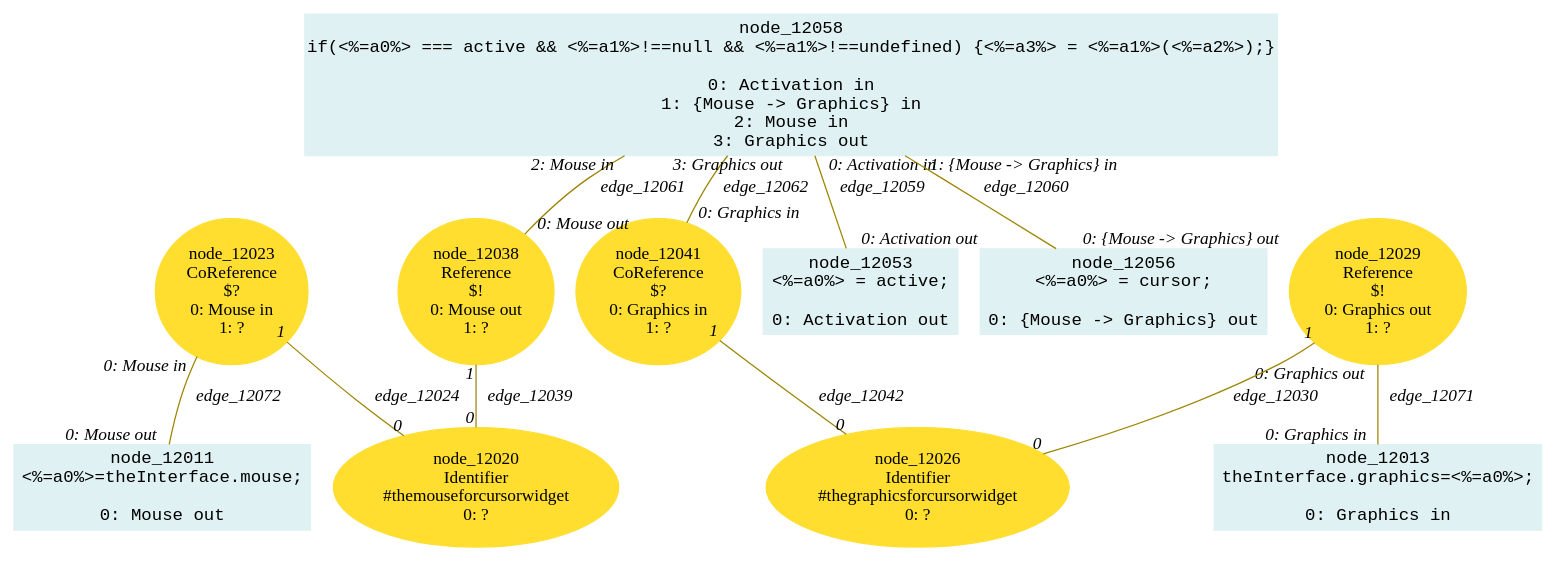
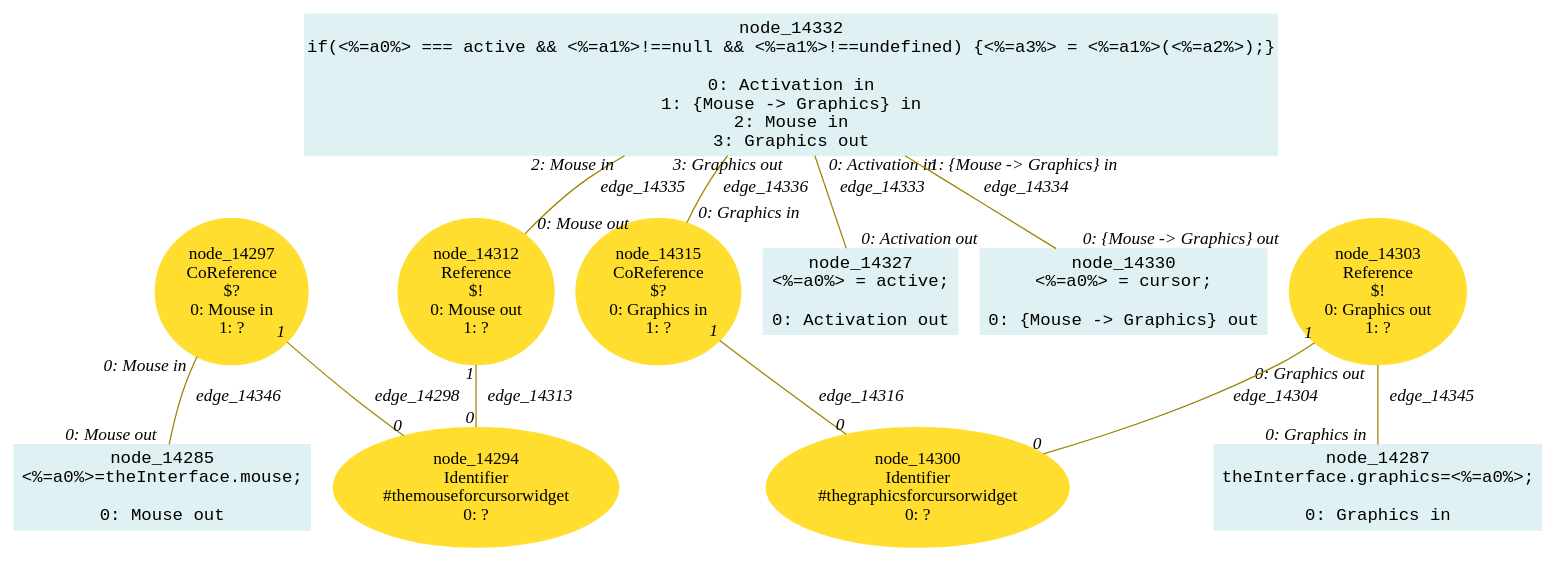
Before and after one commit to crubier/lidl: the diagram in lidl-core/example/ok/uiCursor/dot/31matchingCompositionReduction3.dot, drawn with Graphviz. The commit also changed 715 other files, not shown here.

```diff
--- a/lidl-core/example/ok/uiCursor/dot/31matchingCompositionReduction3.dot
+++ b/lidl-core/example/ok/uiCursor/dot/31matchingCompositionReduction3.dot
@@ -1,62 +1,62 @@
-digraph g{node_12011 [shape="box", style="filled", color="#dff1f2", fontname="Courier", label="node_12011
+digraph g{node_14285 [shape="box", style="filled", color="#dff1f2", fontname="Courier", label="node_14285
 <%=a0%>=theInterface.mouse;
 
 0: Mouse out" ]
-node_12013 [shape="box", style="filled", color="#dff1f2", fontname="Courier", label="node_12013
+node_14287 [shape="box", style="filled", color="#dff1f2", fontname="Courier", label="node_14287
 theInterface.graphics=<%=a0%>;
 
 0: Graphics in" ]
-node_12020 [shape="ellipse", style="filled", color="#ffde2f", fontname="Times", label="node_12020
+node_14294 [shape="ellipse", style="filled", color="#ffde2f", fontname="Times", label="node_14294
 Identifier
 #themouseforcursorwidget
 0: ?" ]
-node_12023 [shape="ellipse", style="filled", color="#ffde2f", fontname="Times", label="node_12023
+node_14297 [shape="ellipse", style="filled", color="#ffde2f", fontname="Times", label="node_14297
 CoReference
 $?
 0: Mouse in
 1: ?" ]
-node_12026 [shape="ellipse", style="filled", color="#ffde2f", fontname="Times", label="node_12026
+node_14300 [shape="ellipse", style="filled", color="#ffde2f", fontname="Times", label="node_14300
 Identifier
 #thegraphicsforcursorwidget
 0: ?" ]
-node_12029 [shape="ellipse", style="filled", color="#ffde2f", fontname="Times", label="node_12029
+node_14303 [shape="ellipse", style="filled", color="#ffde2f", fontname="Times", label="node_14303
 Reference
 $!
 0: Graphics out
 1: ?" ]
-node_12038 [shape="ellipse", style="filled", color="#ffde2f", fontname="Times", label="node_12038
+node_14312 [shape="ellipse", style="filled", color="#ffde2f", fontname="Times", label="node_14312
 Reference
 $!
 0: Mouse out
 1: ?" ]
-node_12041 [shape="ellipse", style="filled", color="#ffde2f", fontname="Times", label="node_12041
+node_14315 [shape="ellipse", style="filled", color="#ffde2f", fontname="Times", label="node_14315
 CoReference
 $?
 0: Graphics in
 1: ?" ]
-node_12053 [shape="box", style="filled", color="#dff1f2", fontname="Courier", label="node_12053
+node_14327 [shape="box", style="filled", color="#dff1f2", fontname="Courier", label="node_14327
 <%=a0%> = active;
 
 0: Activation out" ]
-node_12056 [shape="box", style="filled", color="#dff1f2", fontname="Courier", label="node_12056
+node_14330 [shape="box", style="filled", color="#dff1f2", fontname="Courier", label="node_14330
 <%=a0%> = cursor;
 
 0: {Mouse -> Graphics} out" ]
-node_12058 [shape="box", style="filled", color="#dff1f2", fontname="Courier", label="node_12058
+node_14332 [shape="box", style="filled", color="#dff1f2", fontname="Courier", label="node_14332
 if(<%=a0%> === active && <%=a1%>!==null && <%=a1%>!==undefined) {<%=a3%> = <%=a1%>(<%=a2%>);}
 
 0: Activation in
 1: {Mouse -> Graphics} in
 2: Mouse in
 3: Graphics out" ]
-node_12023 -> node_12020 [dir=none, arrowHead=none, fontname="Times-Italic", arrowsize=1, color="#9d8400", label="edge_12024",  headlabel="0", taillabel="1" ]
-node_12029 -> node_12026 [dir=none, arrowHead=none, fontname="Times-Italic", arrowsize=1, color="#9d8400", label="edge_12030",  headlabel="0", taillabel="1" ]
-node_12038 -> node_12020 [dir=none, arrowHead=none, fontname="Times-Italic", arrowsize=1, color="#9d8400", label="edge_12039",  headlabel="0", taillabel="1" ]
-node_12041 -> node_12026 [dir=none, arrowHead=none, fontname="Times-Italic", arrowsize=1, color="#9d8400", label="edge_12042",  headlabel="0", taillabel="1" ]
-node_12058 -> node_12053 [dir=none, arrowHead=none, fontname="Times-Italic", arrowsize=1, color="#9d8400", label="edge_12059",  headlabel="0: Activation out", taillabel="0: Activation in" ]
-node_12058 -> node_12056 [dir=none, arrowHead=none, fontname="Times-Italic", arrowsize=1, color="#9d8400", label="edge_12060",  headlabel="0: {Mouse -> Graphics} out", taillabel="1: {Mouse -> Graphics} in" ]
-node_12058 -> node_12038 [dir=none, arrowHead=none, fontname="Times-Italic", arrowsize=1, color="#9d8400", label="edge_12061",  headlabel="0: Mouse out", taillabel="2: Mouse in" ]
-node_12058 -> node_12041 [dir=none, arrowHead=none, fontname="Times-Italic", arrowsize=1, color="#9d8400", label="edge_12062",  headlabel="0: Graphics in", taillabel="3: Graphics out" ]
-node_12029 -> node_12013 [dir=none, arrowHead=none, fontname="Times-Italic", arrowsize=1, color="#9d8400", label="edge_12071",  headlabel="0: Graphics in", taillabel="0: Graphics out" ]
-node_12023 -> node_12011 [dir=none, arrowHead=none, fontname="Times-Italic", arrowsize=1, color="#9d8400", label="edge_12072",  headlabel="0: Mouse out", taillabel="0: Mouse in" ]
+node_14297 -> node_14294 [dir=none, arrowHead=none, fontname="Times-Italic", arrowsize=1, color="#9d8400", label="edge_14298",  headlabel="0", taillabel="1" ]
+node_14303 -> node_14300 [dir=none, arrowHead=none, fontname="Times-Italic", arrowsize=1, color="#9d8400", label="edge_14304",  headlabel="0", taillabel="1" ]
+node_14312 -> node_14294 [dir=none, arrowHead=none, fontname="Times-Italic", arrowsize=1, color="#9d8400", label="edge_14313",  headlabel="0", taillabel="1" ]
+node_14315 -> node_14300 [dir=none, arrowHead=none, fontname="Times-Italic", arrowsize=1, color="#9d8400", label="edge_14316",  headlabel="0", taillabel="1" ]
+node_14332 -> node_14327 [dir=none, arrowHead=none, fontname="Times-Italic", arrowsize=1, color="#9d8400", label="edge_14333",  headlabel="0: Activation out", taillabel="0: Activation in" ]
+node_14332 -> node_14330 [dir=none, arrowHead=none, fontname="Times-Italic", arrowsize=1, color="#9d8400", label="edge_14334",  headlabel="0: {Mouse -> Graphics} out", taillabel="1: {Mouse -> Graphics} in" ]
+node_14332 -> node_14312 [dir=none, arrowHead=none, fontname="Times-Italic", arrowsize=1, color="#9d8400", label="edge_14335",  headlabel="0: Mouse out", taillabel="2: Mouse in" ]
+node_14332 -> node_14315 [dir=none, arrowHead=none, fontname="Times-Italic", arrowsize=1, color="#9d8400", label="edge_14336",  headlabel="0: Graphics in", taillabel="3: Graphics out" ]
+node_14303 -> node_14287 [dir=none, arrowHead=none, fontname="Times-Italic", arrowsize=1, color="#9d8400", label="edge_14345",  headlabel="0: Graphics in", taillabel="0: Graphics out" ]
+node_14297 -> node_14285 [dir=none, arrowHead=none, fontname="Times-Italic", arrowsize=1, color="#9d8400", label="edge_14346",  headlabel="0: Mouse out", taillabel="0: Mouse in" ]
 }
```
